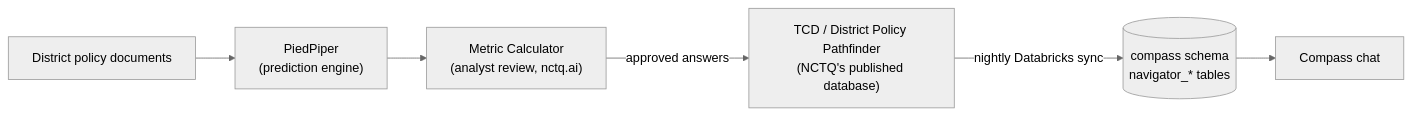
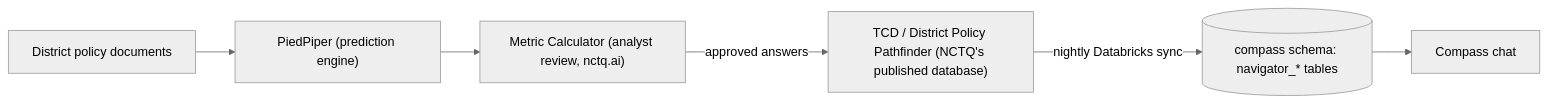
The diagram in docs/reference/metric-calculator.md (Starling-Strategy/compass), drawn with Mermaid (neutral theme) before and after one commit. The commit also changed 4 other files, not shown here.

First line of the commit message:
docs: replace <br/> line breaks in mermaid labels with single-line text (#52)

````diff
--- a/docs/reference/metric-calculator.md
+++ b/docs/reference/metric-calculator.md
@@ -39,8 +39,8 @@
 ```mermaid
 flowchart LR
-    DOCS["District policy documents"] --> PP["PiedPiper<br/>(prediction engine)"]
-    PP --> MC["Metric Calculator<br/>(analyst review, nctq.ai)"]
-    MC -->|"approved answers"| TCD["TCD / District Policy Pathfinder<br/>(NCTQ's published database)"]
-    TCD -->|"nightly Databricks sync"| CS[("compass schema<br/>navigator_* tables")]
+    DOCS["District policy documents"] --> PP["PiedPiper (prediction engine)"]
+    PP --> MC["Metric Calculator (analyst review, nctq.ai)"]
+    MC -->|"approved answers"| TCD["TCD / District Policy Pathfinder (NCTQ's published database)"]
+    TCD -->|"nightly Databricks sync"| CS[("compass schema: navigator_* tables")]
     CS --> COMPASS["Compass chat"]
 ```
````
